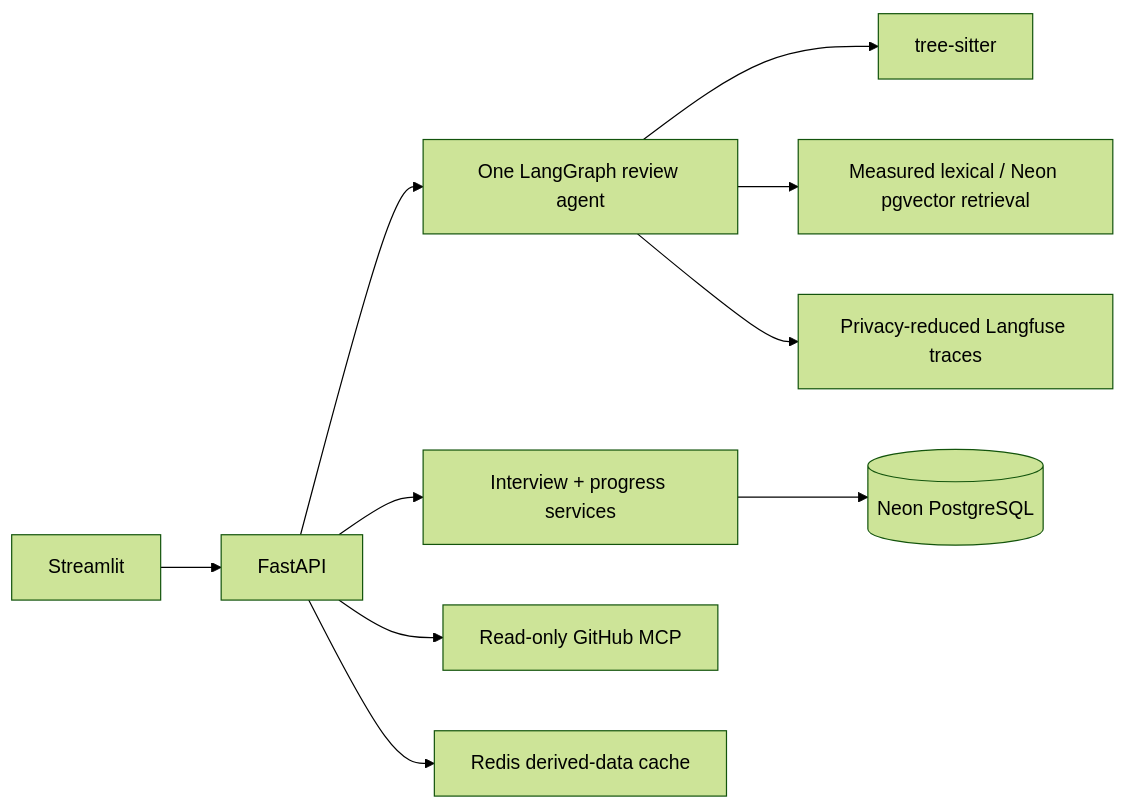
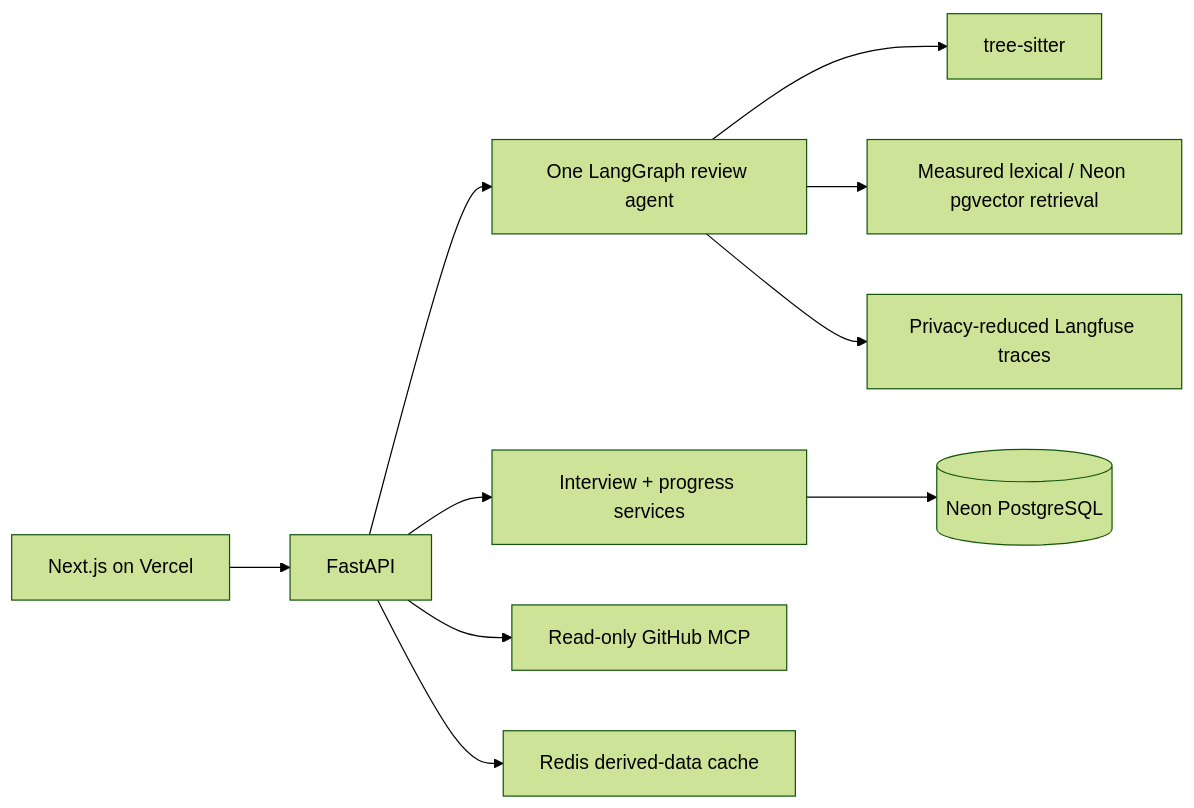
Before and after one commit to jeffstanley2002/clutch: the first of 2 diagrams in README.md, drawn with Mermaid (forest theme). The commit also changed other lines of this file and 47 other files, not shown here.

Commit message:
streamlit to vercel migration

````diff
--- a/README.md
+++ b/README.md
@@ -14,12 +13,12 @@
 ```mermaid
 flowchart LR
-  UI[Streamlit] --> API[FastAPI]
+  UI[Next.js on Vercel] --> API[FastAPI]
   API --> AGENT[One LangGraph review agent]
   API --> INTERVIEW[Interview + progress services]
   AGENT --> PARSER[tree-sitter]
   AGENT --> RAG[Measured lexical / Neon pgvector retrieval]
   API --> MCP[Read-only GitHub MCP]
   API --> REDIS[Redis derived-data cache]
   AGENT --> LF[Privacy-reduced Langfuse traces]
   INTERVIEW --> PG[(Neon PostgreSQL)]
 ```
````
